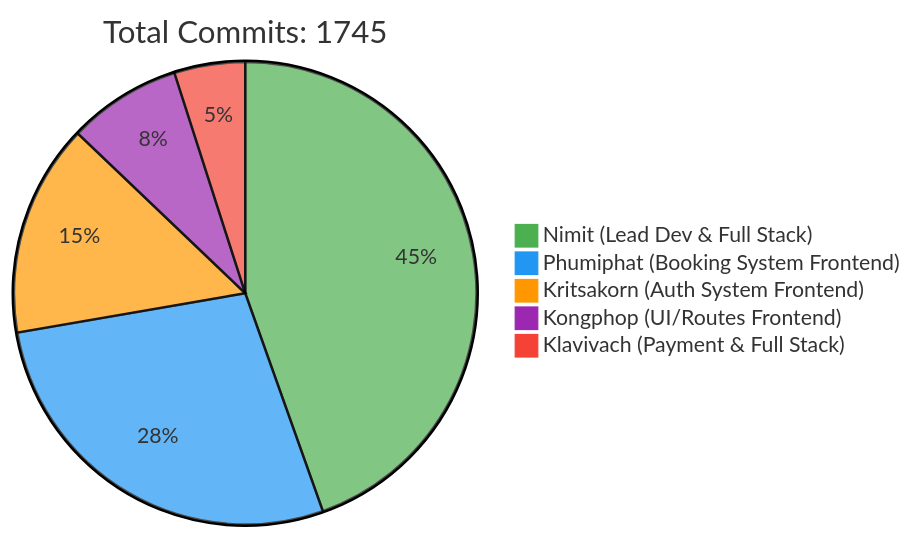
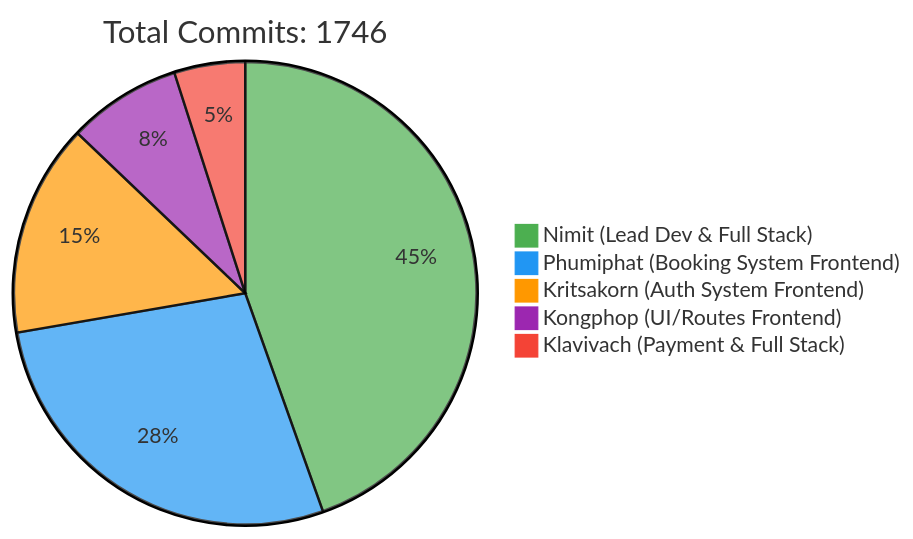
One commit to 6531503042/Sport-Complex changed the first of 2 diagrams in README.md. Above: the diagram before and after it, drawn with Mermaid. The commit also changed other lines of this file, not shown here.

Commit message:
docs: Update contributor statistics [skip ci]

````diff
--- a/README.md
+++ b/README.md
@@ -257,10 +257,10 @@
 ```mermaid
 %%{init: {'theme': 'base', 'themeVariables': { 'pie1': '#4CAF50', 'pie2': '#2196F3', 'pie3': '#FF9800', 'pie4': '#9C27B0', 'pie5': '#F44336'}}}%%
 pie
-    title Total Commits: 1745
+    title Total Commits: 1746
     "Nimit (Lead Dev & Full Stack)" : 450
     "Phumiphat (Booking System Frontend)" : 280
     "Kritsakorn (Auth System Frontend)" : 150
     "Kongphop (UI/Routes Frontend)" : 80
     "Klavivach (Payment & Full Stack)" : 50
 ```
````
